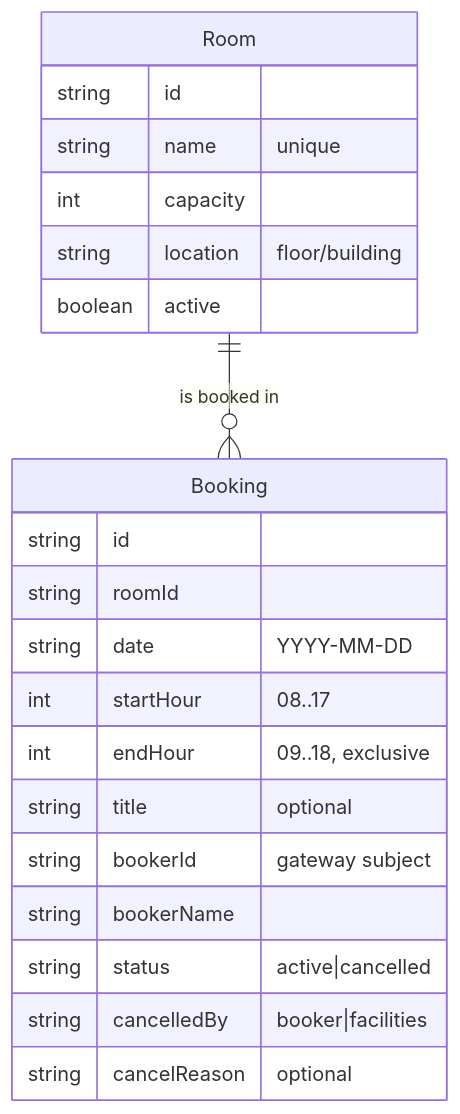
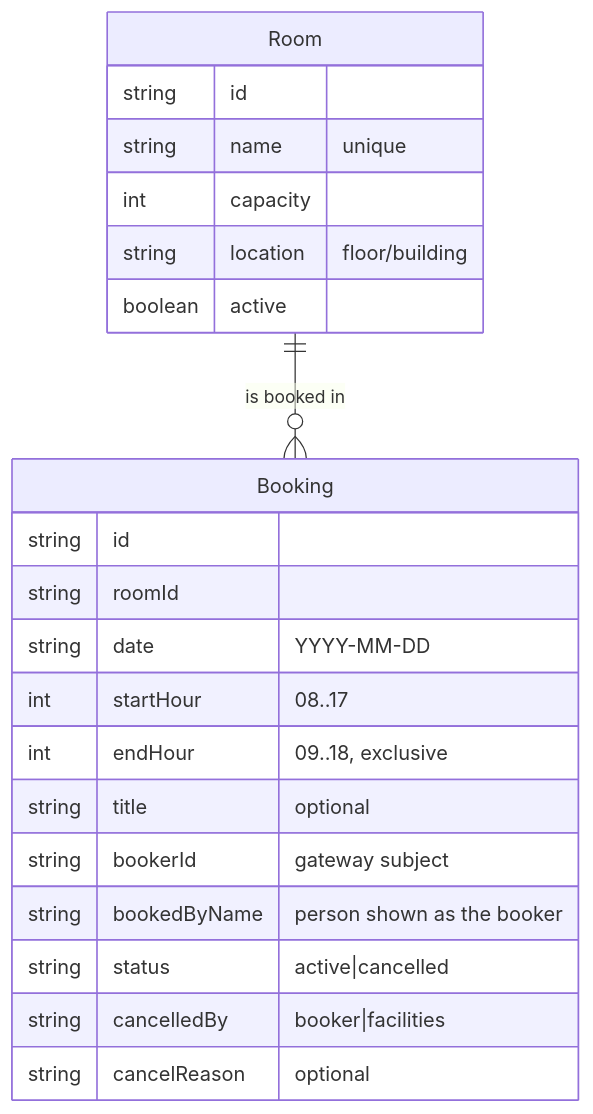
The diagram in specs/design/domain-model.md (HevayoFactory/room-booking-l29b), drawn with Mermaid before and after one commit. The commit also changed 3 other files, not shown here.

````diff
--- a/specs/design/domain-model.md
+++ b/specs/design/domain-model.md
@@ -5,24 +5,24 @@
 ```mermaid
 erDiagram
     Room ||--o{ Booking : "is booked in"
     Room {
         string id
         string name "unique"
         int capacity
         string location "floor/building"
         boolean active
     }
     Booking {
         string id
         string roomId
         string date "YYYY-MM-DD"
         int startHour "08..17"
         int endHour "09..18, exclusive"
         string title "optional"
         string bookerId "gateway subject"
-        string bookerName
+        string bookedByName "person shown as the booker"
         string status "active|cancelled"
         string cancelledBy "booker|facilities"
         string cancelReason "optional"
     }
 ```
````
